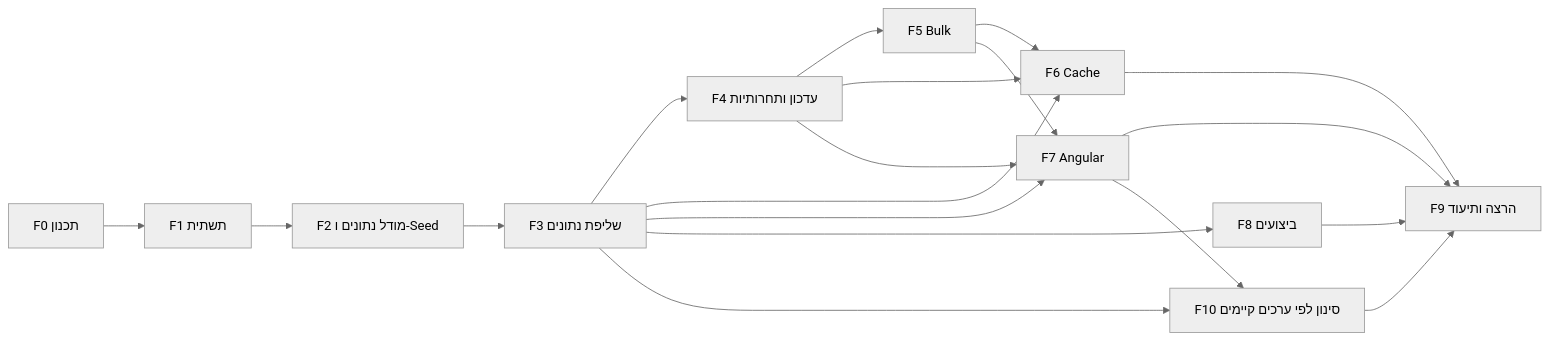
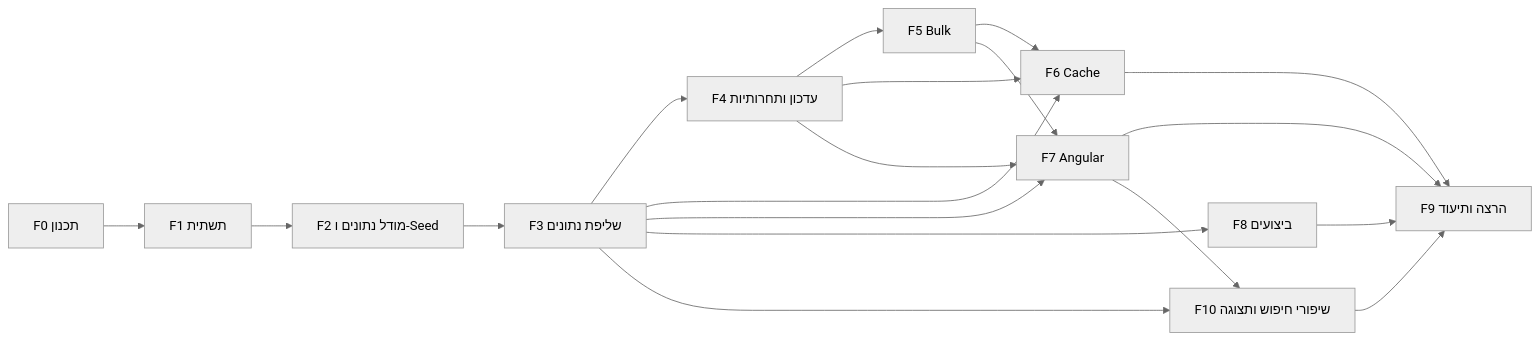
Before and after one commit to RivkyHailbron/requests-management-system: the second of 3 diagrams in README.md, drawn with Mermaid (neutral theme). The commit also changed other lines of this file and 28 other files, not shown here.

````diff
--- a/README.md
+++ b/README.md
@@ -325,21 +329,21 @@
 ```mermaid
 flowchart LR
     F0[F0 תכנון] --> F1[F1 תשתית]
     F1 --> F2[F2 מודל נתונים ו-Seed]
     F2 --> F3[F3 שליפת נתונים]
     F3 --> F4[F4 עדכון ותחרותיות]
     F4 --> F5[F5 Bulk]
     F3 --> F6[F6 Cache]
     F4 --> F6
     F5 --> F6
     F3 --> F7[F7 Angular]
     F4 --> F7
     F5 --> F7
     F3 --> F8[F8 ביצועים]
     F6 --> F9[F9 הרצה ותיעוד]
     F7 --> F9
     F8 --> F9
-    F3 --> F10[F10 סינון לפי ערכים קיימים]
+    F3 --> F10[F10 שיפורי חיפוש ותצוגה]
     F7 --> F10
     F10 --> F9
 ```
````
